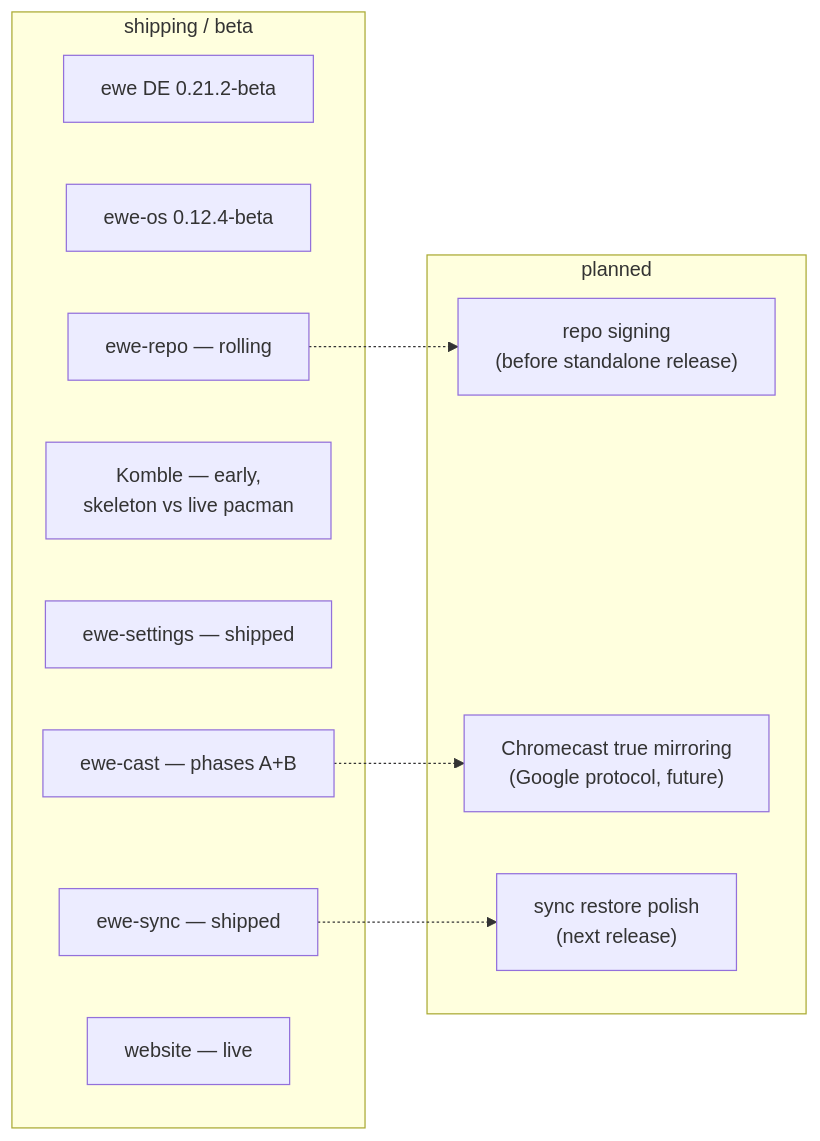
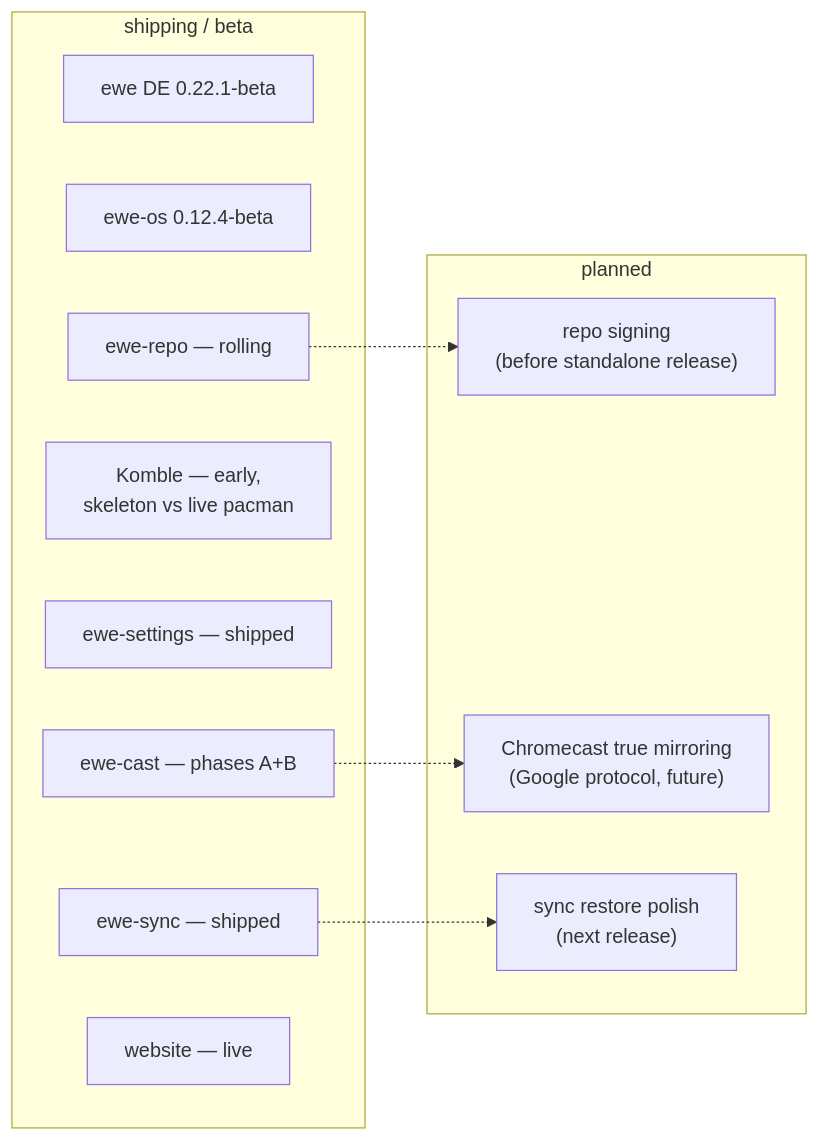
One commit to prj786/ewe-map changed the diagram in 01-Overview/Roadmap and Status.md. Above: the diagram before and after it, drawn with Mermaid. The commit also changed other lines of this file and 4 other files, not shown here.

Commit message:
vault: ewe DE 0.22.1-beta — smaller bar, symmetric right cluster, clock in Quick settings (0.22.0 landing recorded)

````diff
--- a/01-Overview/Roadmap and Status.md
+++ b/01-Overview/Roadmap and Status.md
@@ -30,21 +30,21 @@
 ```mermaid
 flowchart LR
     subgraph shipping["shipping / beta"]
-        EWE["ewe DE 0.21.2-beta"]
+        EWE["ewe DE 0.22.1-beta"]
         OS["ewe-os 0.12.4-beta"]
         REPO["ewe-repo — rolling"]
         K["Komble — early,<br/>skeleton vs live pacman"]
         S["ewe-settings — shipped"]
         SY["ewe-sync — shipped"]
         CAST["ewe-cast — phases A+B"]
         WEB["website — live"]
     end
     subgraph planned["planned"]
         SIGN["repo signing<br/>(before standalone release)"]
         MIRROR["Chromecast true mirroring<br/>(Google protocol, future)"]
         REST["sync restore polish<br/>(next release)"]
     end
     REPO -.-> SIGN
     CAST -.-> MIRROR
     SY -.-> REST
 ```
````
